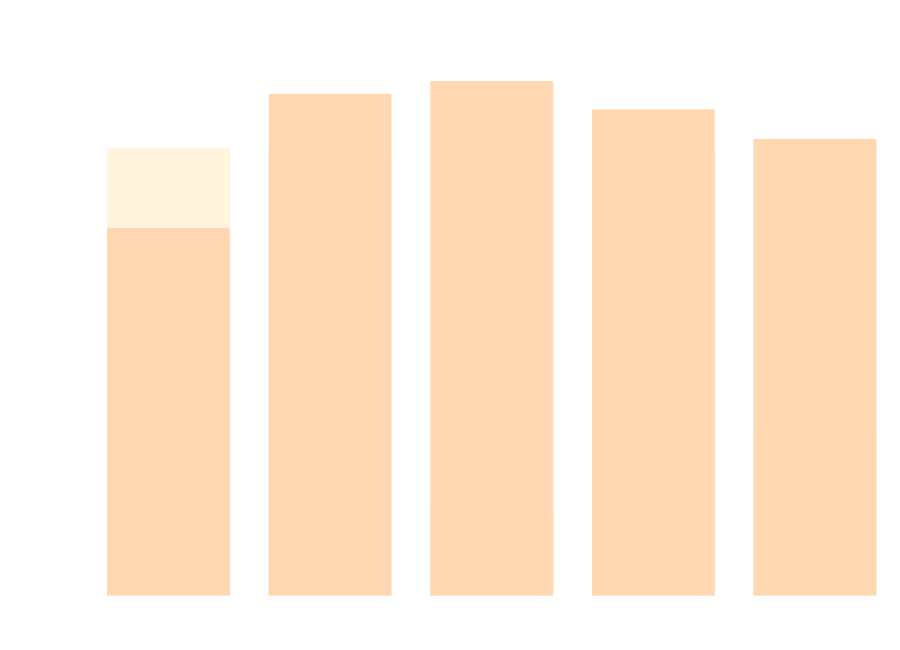
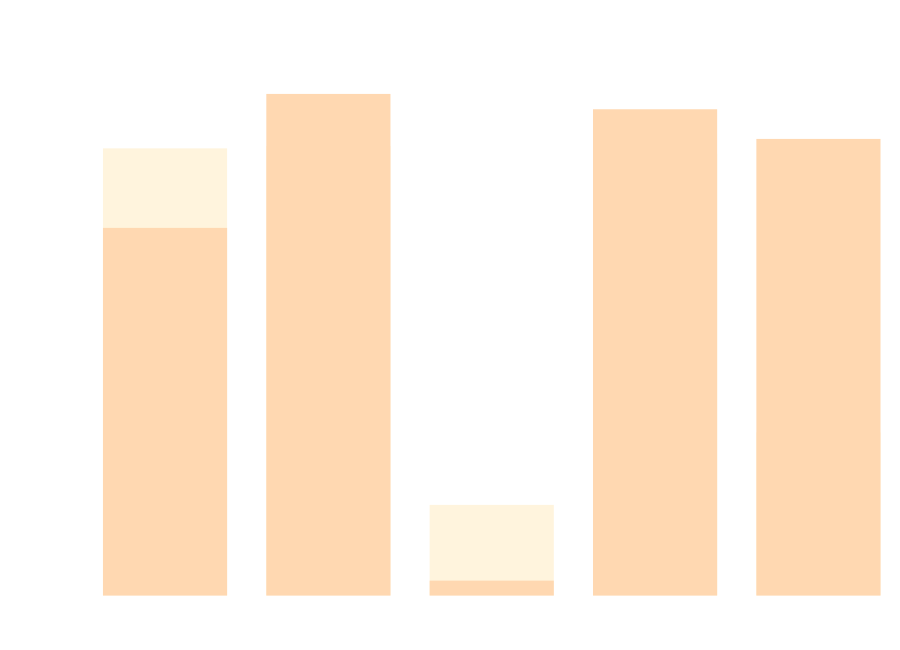
Before and after one commit to abhijit-ubale/JBL_stuff: the second of 15 diagrams in README.md, drawn with Mermaid. The commit also changed other lines of this file, not shown here.

````diff
--- a/README.md
+++ b/README.md
@@ -109,23 +108,23 @@
 ```mermaid
 %%{init: {
   'theme': 'base',
   'themeVariables': {
-    'primaryColor': '#059669',
+    'primaryColor': '#2563EB',
     'primaryTextColor': '#FFFFFF',
-    'primaryBorderColor': '#047857', 
-    'lineColor': '#6B7280',
-    'secondaryColor': '#DC2626',
-    'tertiaryColor': '#1E40AF',
+    'primaryBorderColor': '#1D4ED8',
+    'lineColor': '#374151',
+    'secondaryColor': '#059669',
+    'tertiaryColor': '#DC2626',
     'background': '#FFFFFF',
-    'mainBkg': '#F0FDF4',
-    'fontFamily': 'Inter, Arial, sans-serif',
-    'fontSize': '13px'
+    'mainBkg': '#F8FAFC',
+    'fontFamily': 'Inter, system-ui, sans-serif',
+    'fontSize': '14px'
   }
 }}%%
 xychart-beta
-    title "Healthcare Supply Chain Performance: Traditional vs CRL"
-    x-axis ["Cost Efficiency", "Service Level", "Recovery Speed", "Supplier Reliability", "Adaptation"]
-    y-axis "Performance %" 0 --> 100
-    bar [85.551, 86.01, 15.82, 84.54, 30]
-    bar [70, 96.2, 98.7, 93.2, 87.4]
+    title "Healthcare CRL Framework: Performance Comparison"
+    x-axis ["Cost ($K)", "Service Level (%)", "Recovery (Days)", "Reliability (%)", "Adaptability (%)"]
+    y-axis "Metric Values" 0 --> 100
+    bar "Traditional Baseline" [85.551, 86.01, 15.82, 84.54, 30.0]
+    bar "CRL Framework" [70.0, 96.2, 1.0, 93.2, 87.4]
 ```
````
